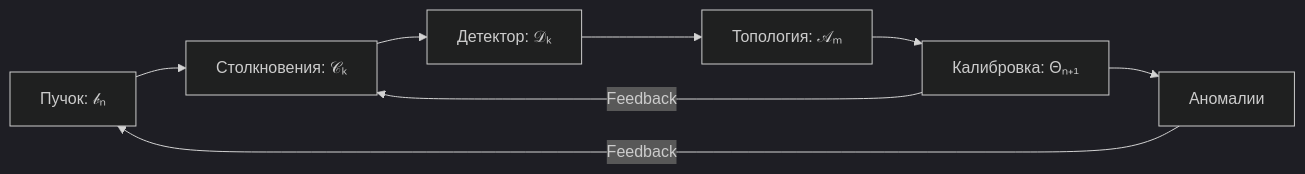
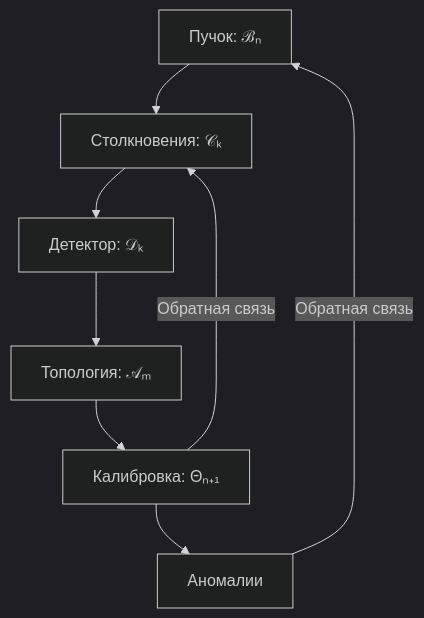
Before and after one commit to miroaleksej/Emulation-CERN: the diagram in Математическая модель.md, drawn with Mermaid (dark theme). The commit also changed other lines of this file, not shown here.

````diff
--- a/Математическая модель.md
+++ b/Математическая модель.md
@@ -476,10 +349,10 @@
 ```mermaid
-graph LR
-A[Пучок: 𝒷ₙ] --> B[Столкновения: 𝒞ₖ]
-B --> C[Детектор: 𝒟ₖ]
-C --> D[Топология: 𝒜ₘ]
-D --> E[Калибровка: Θₙ₊₁]
-E --> F[Аномалии]
-F -->|Feedback| A
-E -->|Feedback| B
+graph TD
+    A[Пучок: ℬₙ] --> B[Столкновения: 𝒞ₖ]
+    B --> C[Детектор: 𝒟ₖ]
+    C --> D[Топология: 𝒜ₘ]
+    D --> E[Калибровка: Θₙ₊₁]
+    E --> F[Аномалии]
+    F -->|Обратная связь| A
+    E -->|Обратная связь| B
 ```
````
